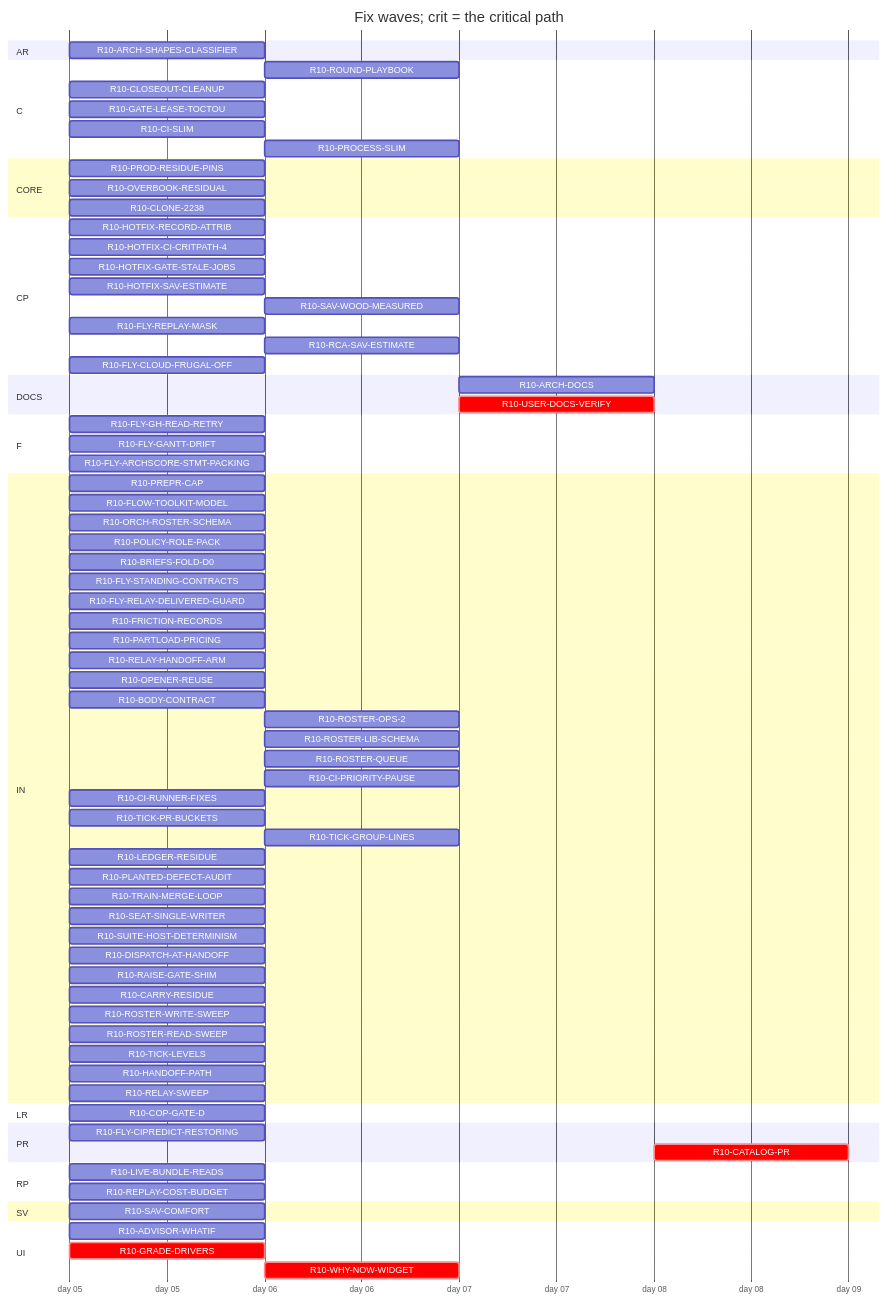
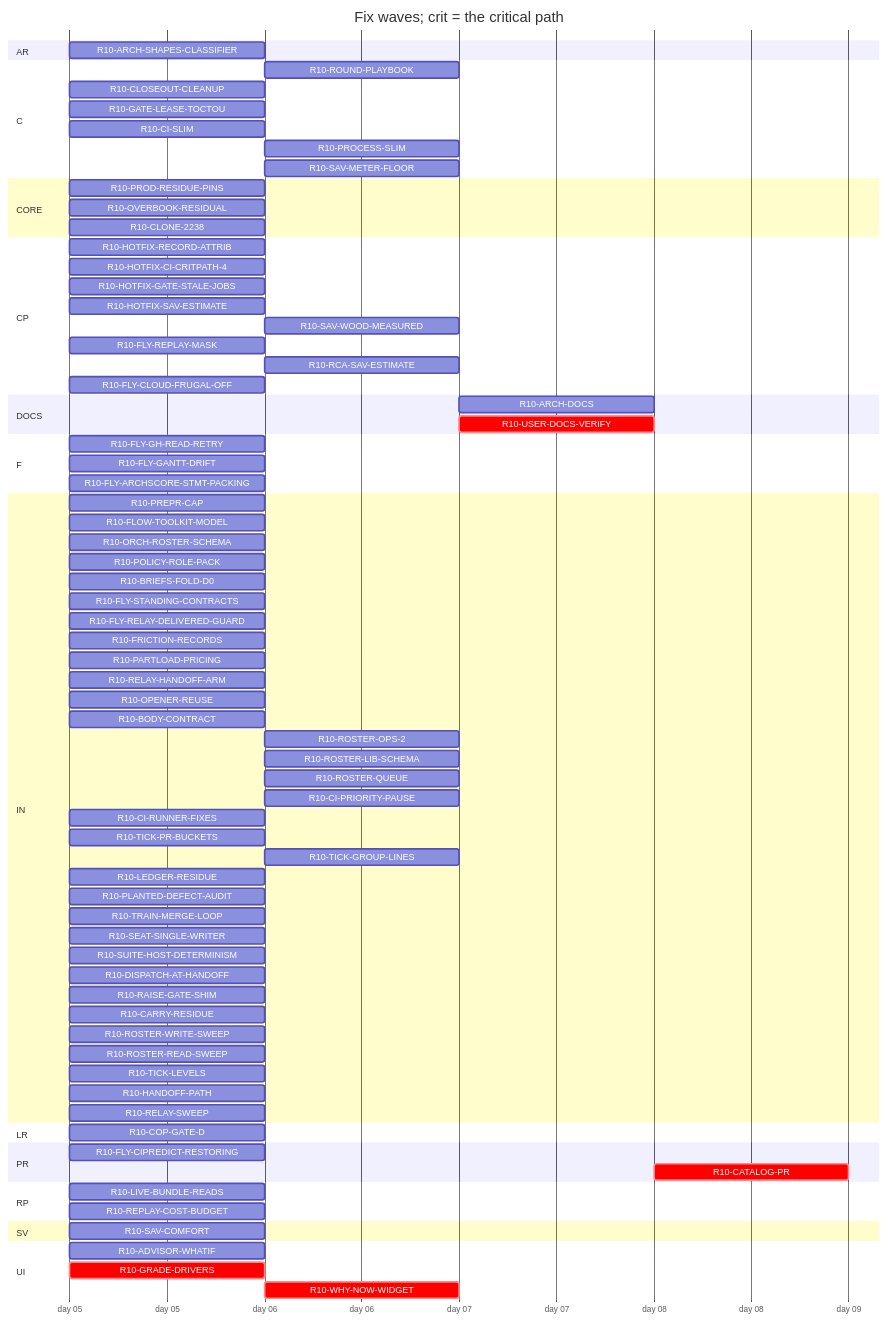
One commit to tvofi/heatpump_optimizer changed the diagram in handoff/round10/state/PLAN-TABLE.md. Above: the diagram before and after it, drawn with Mermaid. The commit also changed other lines of this file and 2 other files, not shown here.

Commit message:
state: FLOW-BOARD.md, NEXT-SESSION-PROMPT.md, PLAN-TABLE.md, RESUME-CURRENT.md regenerated (state_docs.py)

````diff
--- a/handoff/round10/state/PLAN-TABLE.md
+++ b/handoff/round10/state/PLAN-TABLE.md
@@ -25,81 +25,82 @@
 ```mermaid
 gantt
   title Fix waves; crit = the critical path
   dateFormat YYYY-MM-DD
   axisFormat day %d
   section AR
     R10-ARCH-SHAPES-CLASSIFIER :r10ARCHSHAPESCLASSIFIER, 2026-01-05, 1d
   section C
     R10-ROUND-PLAYBOOK :r10ROUNDPLAYBOOK, after r10PREPRCAP r10HANDOFFPATH r10RELAYSWEEP r10TRAINMERGELOOP r10DISPATCHATHANDOFF r10BODYCONTRACT r10TICKLEVELS r10CIPRIORITYPAUSE r10ROSTERWRITESWEEP r10ROSTERREADSWEEP r10FLYSTANDINGCONTRACTS r10POLICYROLEPACK r10FRICTIONRECORDS r10FLOWTOOLKITMODEL r10LEDGERRESIDUE r10CIRUNNERFIXES r10FLYCIPREDICTRESTORING r10RAISEGATESHIM r10PLANTEDDEFECTAUDIT r10FLYGHREADRETRY r10SUITEHOSTDETERMINISM, 1d
     R10-CLOSEOUT-CLEANUP :r10CLOSEOUTCLEANUP, 2026-01-05, 1d
     R10-GATE-LEASE-TOCTOU :r10GATELEASETOCTOU, 2026-01-05, 1d
     R10-CI-SLIM :r10CISLIM, 2026-01-05, 1d
     R10-PROCESS-SLIM :r10PROCESSSLIM, after r10CISLIM, 1d
+    R10-SAV-METER-FLOOR :r10SAVMETERFLOOR, after r10HOTFIXSAVESTIMATE r10SAVCOMFORT r10GRADEDRIVERS, 1d
   section CORE
     R10-PROD-RESIDUE-PINS :r10PRODRESIDUEPINS, 2026-01-05, 1d
     R10-OVERBOOK-RESIDUAL :r10OVERBOOKRESIDUAL, 2026-01-05, 1d
     R10-CLONE-2238 :r10CLONE2238, 2026-01-05, 1d
   section CP
     R10-HOTFIX-RECORD-ATTRIB :r10HOTFIXRECORDATTRIB, 2026-01-05, 1d
     R10-HOTFIX-CI-CRITPATH-4 :r10HOTFIXCICRITPATH4, 2026-01-05, 1d
     R10-HOTFIX-GATE-STALE-JOBS :r10HOTFIXGATESTALEJOBS, 2026-01-05, 1d
     R10-HOTFIX-SAV-ESTIMATE :r10HOTFIXSAVESTIMATE, 2026-01-05, 1d
     R10-SAV-WOOD-MEASURED :r10SAVWOODMEASURED, after r10HOTFIXSAVESTIMATE, 1d
     R10-FLY-REPLAY-MASK :r10FLYREPLAYMASK, 2026-01-05, 1d
     R10-RCA-SAV-ESTIMATE :r10RCASAVESTIMATE, after r10HOTFIXSAVESTIMATE, 1d
     R10-FLY-CLOUD-FRUGAL-OFF :r10FLYCLOUDFRUGALOFF, 2026-01-05, 1d
   section DOCS
     R10-ARCH-DOCS :r10ARCHDOCS, after r10CARRYRESIDUE r10OVERBOOKRESIDUAL r10CLONE2238 r10SAVCOMFORT r10COPGATED r10GRADEDRIVERS r10WHYNOWWIDGET r10PARTLOADPRICING r10ARCHSHAPESCLASSIFIER r10ADVISORWHATIF r10PRODRESIDUEPINS r10LIVEBUNDLEREADS r10REPLAYCOSTBUDGET r10PREPRCAP r10HANDOFFPATH r10RELAYSWEEP r10TRAINMERGELOOP r10DISPATCHATHANDOFF r10BODYCONTRACT r10TICKLEVELS r10CIPRIORITYPAUSE r10ROSTERWRITESWEEP r10ROSTERREADSWEEP r10FLYSTANDINGCONTRACTS r10POLICYROLEPACK r10FRICTIONRECORDS r10FLOWTOOLKITMODEL r10LEDGERRESIDUE r10CIRUNNERFIXES r10FLYCIPREDICTRESTORING r10RAISEGATESHIM r10PLANTEDDEFECTAUDIT r10FLYGHREADRETRY r10SUITEHOSTDETERMINISM, 1d
     R10-USER-DOCS-VERIFY :crit, r10USERDOCSVERIFY, after r10CARRYRESIDUE r10OVERBOOKRESIDUAL r10CLONE2238 r10SAVCOMFORT r10COPGATED r10GRADEDRIVERS r10WHYNOWWIDGET r10PARTLOADPRICING r10ARCHSHAPESCLASSIFIER r10ADVISORWHATIF r10PRODRESIDUEPINS r10LIVEBUNDLEREADS r10REPLAYCOSTBUDGET, 1d
   section F
     R10-FLY-GH-READ-RETRY :r10FLYGHREADRETRY, 2026-01-05, 1d
     R10-FLY-GANTT-DRIFT :r10FLYGANTTDRIFT, 2026-01-05, 1d
     R10-FLY-ARCHSCORE-STMT-PACKING :r10FLYARCHSCORESTMTPACKING, 2026-01-05, 1d
   section IN
     R10-PREPR-CAP :r10PREPRCAP, 2026-01-05, 1d
     R10-FLOW-TOOLKIT-MODEL :r10FLOWTOOLKITMODEL, 2026-01-05, 1d
     R10-ORCH-ROSTER-SCHEMA :r10ORCHROSTERSCHEMA, 2026-01-05, 1d
     R10-POLICY-ROLE-PACK :r10POLICYROLEPACK, 2026-01-05, 1d
     R10-BRIEFS-FOLD-D0 :r10BRIEFSFOLDD0, 2026-01-05, 1d
     R10-FLY-STANDING-CONTRACTS :r10FLYSTANDINGCONTRACTS, 2026-01-05, 1d
     R10-FLY-RELAY-DELIVERED-GUARD :r10FLYRELAYDELIVEREDGUARD, 2026-01-05, 1d
     R10-FRICTION-RECORDS :r10FRICTIONRECORDS, 2026-01-05, 1d
     R10-PARTLOAD-PRICING :r10PARTLOADPRICING, 2026-01-05, 1d
     R10-RELAY-HANDOFF-ARM :r10RELAYHANDOFFARM, 2026-01-05, 1d
     R10-OPENER-REUSE :r10OPENERREUSE, 2026-01-05, 1d
     R10-BODY-CONTRACT :r10BODYCONTRACT, 2026-01-05, 1d
     R10-ROSTER-OPS-2 :r10ROSTEROPS2, after r10ORCHROSTERSCHEMA, 1d
     R10-ROSTER-LIB-SCHEMA :r10ROSTERLIBSCHEMA, after r10ORCHROSTERSCHEMA, 1d
     R10-ROSTER-QUEUE :r10ROSTERQUEUE, after r10ORCHROSTERSCHEMA, 1d
     R10-CI-PRIORITY-PAUSE :r10CIPRIORITYPAUSE, after r10TICKLEVELS, 1d
     R10-CI-RUNNER-FIXES :r10CIRUNNERFIXES, 2026-01-05, 1d
     R10-TICK-PR-BUCKETS :r10TICKPRBUCKETS, 2026-01-05, 1d
     R10-TICK-GROUP-LINES :r10TICKGROUPLINES, after r10ORCHROSTERSCHEMA, 1d
     R10-LEDGER-RESIDUE :r10LEDGERRESIDUE, 2026-01-05, 1d
     R10-PLANTED-DEFECT-AUDIT :r10PLANTEDDEFECTAUDIT, 2026-01-05, 1d
     R10-TRAIN-MERGE-LOOP :r10TRAINMERGELOOP, 2026-01-05, 1d
     R10-SEAT-SINGLE-WRITER :r10SEATSINGLEWRITER, 2026-01-05, 1d
     R10-SUITE-HOST-DETERMINISM :r10SUITEHOSTDETERMINISM, 2026-01-05, 1d
     R10-DISPATCH-AT-HANDOFF :r10DISPATCHATHANDOFF, 2026-01-05, 1d
     R10-RAISE-GATE-SHIM :r10RAISEGATESHIM, 2026-01-05, 1d
     R10-CARRY-RESIDUE :r10CARRYRESIDUE, 2026-01-05, 1d
     R10-ROSTER-WRITE-SWEEP :r10ROSTERWRITESWEEP, 2026-01-05, 1d
     R10-ROSTER-READ-SWEEP :r10ROSTERREADSWEEP, 2026-01-05, 1d
     R10-TICK-LEVELS :r10TICKLEVELS, 2026-01-05, 1d
     R10-HANDOFF-PATH :r10HANDOFFPATH, 2026-01-05, 1d
     R10-RELAY-SWEEP :r10RELAYSWEEP, 2026-01-05, 1d
   section LR
     R10-COP-GATE-D :r10COPGATED, 2026-01-05, 1d
   section PR
     R10-FLY-CIPREDICT-RESTORING :r10FLYCIPREDICTRESTORING, 2026-01-05, 1d
     R10-CATALOG-PR :crit, r10CATALOGPR, after r10USERDOCSVERIFY r10ARCHDOCS r10ROUNDPLAYBOOK r10CLOSEOUTCLEANUP, 1d
   section RP
     R10-LIVE-BUNDLE-READS :r10LIVEBUNDLEREADS, 2026-01-05, 1d
     R10-REPLAY-COST-BUDGET :r10REPLAYCOSTBUDGET, 2026-01-05, 1d
   section SV
     R10-SAV-COMFORT :r10SAVCOMFORT, 2026-01-05, 1d
   section UI
     R10-ADVISOR-WHATIF :r10ADVISORWHATIF, 2026-01-05, 1d
     R10-GRADE-DRIVERS :crit, r10GRADEDRIVERS, 2026-01-05, 1d
     R10-WHY-NOW-WIDGET :crit, r10WHYNOWWIDGET, after r10GRADEDRIVERS, 1d
 ```
````
